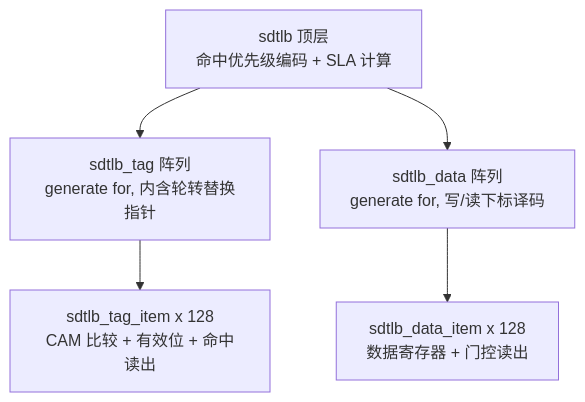
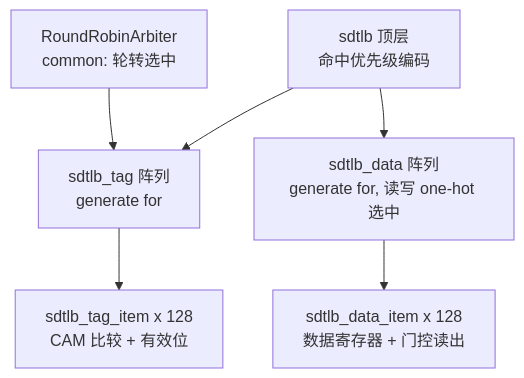
One commit to DuBirdFly/C1_SDecoder changed the diagram in .agents/notes/sdtlb实现决策与进展.md. Above: the diagram before and after it, drawn with Mermaid. The commit also changed other lines of this file and 4 other files, not shown here.

First line of the commit message:
refactor(rtl): 轮转选中抽成 common 下的 RoundRobinArbiter, sdtlb_tag 例化它

````diff
--- a/.agents/notes/sdtlb实现决策与进展.md
+++ b/.agents/notes/sdtlb实现决策与进展.md
@@ -13,7 +13,8 @@
 ```mermaid
 flowchart TB
-    SDTLB["sdtlb 顶层<br/>命中优先级编码 + SLA 计算"] --> TAGARR["sdtlb_tag 阵列<br/>generate for, 内含轮转替换指针"]
-    SDTLB --> DATAARR["sdtlb_data 阵列<br/>generate for, 写/读下标译码"]
-    TAGARR --> TI["sdtlb_tag_item x 128<br/>CAM 比较 + 有效位 + 命中读出"]
+    SDTLB["sdtlb 顶层<br/>命中优先级编码"] --> TAGARR["sdtlb_tag 阵列<br/>generate for"]
+    SDTLB --> DATAARR["sdtlb_data 阵列<br/>generate for, 读写 one-hot 选中"]
+    ARB["RoundRobinArbiter<br/>common: 轮转选中"] --> TAGARR
+    TAGARR --> TI["sdtlb_tag_item x 128<br/>CAM 比较 + 有效位"]
     DATAARR --> DI["sdtlb_data_item x 128<br/>数据寄存器 + 门控读出"]
 ```
````
